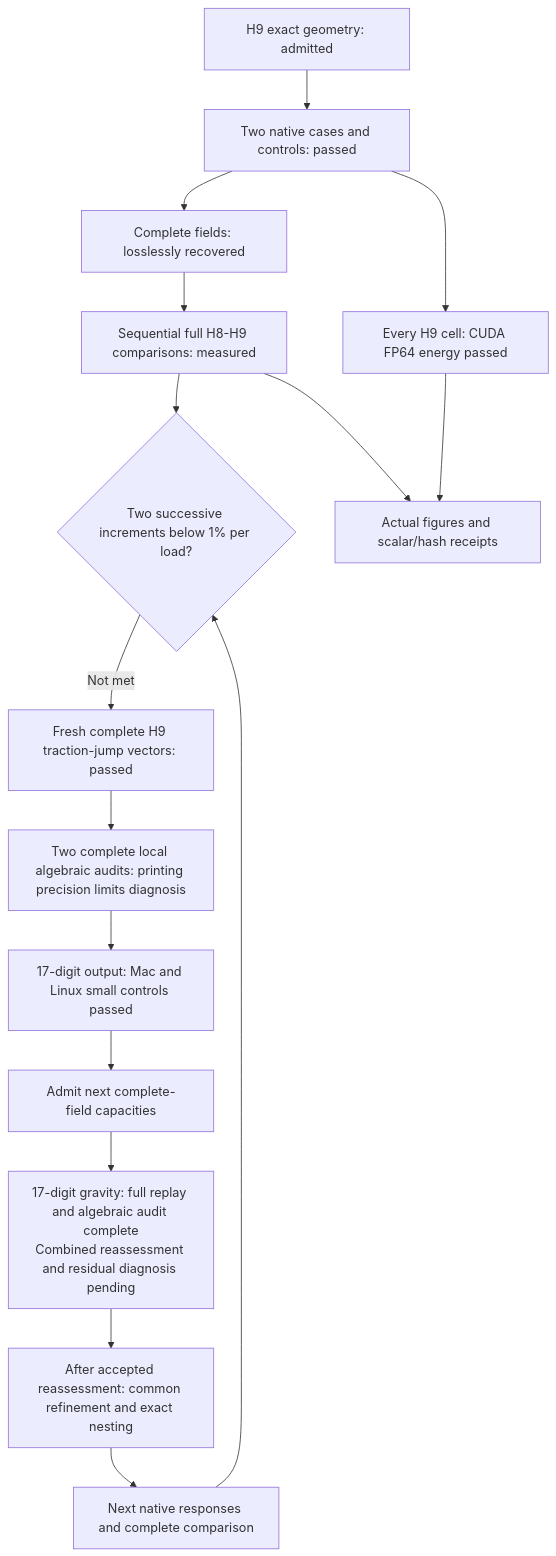
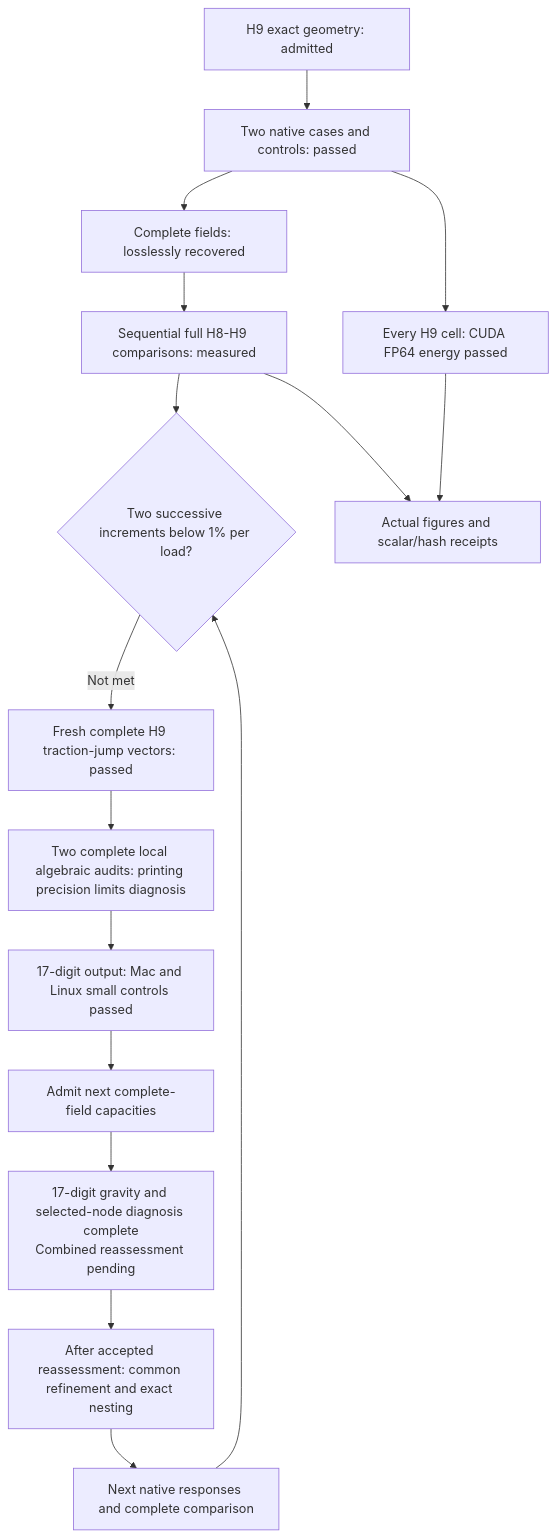
The diagram in docs/reports/carrier-h9-native-results-20261107.md (cluster2600/porscheparts), drawn with Mermaid before and after one commit. The commit also changed other lines of this file and 5 other files, not shown here.

````diff
--- a/docs/reports/carrier-h9-native-results-20261107.md
+++ b/docs/reports/carrier-h9-native-results-20261107.md
@@ -371,18 +408,18 @@
 ```mermaid
 flowchart TD
     G["H9 exact geometry: admitted"] --> N["Two native cases and controls: passed"]
     N --> R["Complete fields: losslessly recovered"]
     N --> GPU["Every H9 cell: CUDA FP64 energy passed"]
     R --> C["Sequential full H8-H9 comparisons: measured"]
     C --> S{"Two successive increments below 1% per load?"}
     S -->|"Not met"| M["Fresh complete H9 traction-jump vectors: passed"]
     M --> LOCAL["Two complete local algebraic audits: printing precision limits diagnosis"]
     LOCAL --> PRECISION["17-digit output: Mac and Linux small controls passed"]
     PRECISION --> CAP["Admit next complete-field capacities"]
-    CAP --> REPLAY["17-digit gravity: full replay and algebraic audit complete<br/>Combined reassessment and residual diagnosis pending"]
+    CAP --> REPLAY["17-digit gravity and selected-node diagnosis complete<br/>Combined reassessment pending"]
     REPLAY --> V["After accepted reassessment: common refinement and exact nesting"]
     V --> NEXT["Next native responses and complete comparison"]
     NEXT --> S
     C --> FIG["Actual figures and scalar/hash receipts"]
     GPU --> FIG
 ```
````
